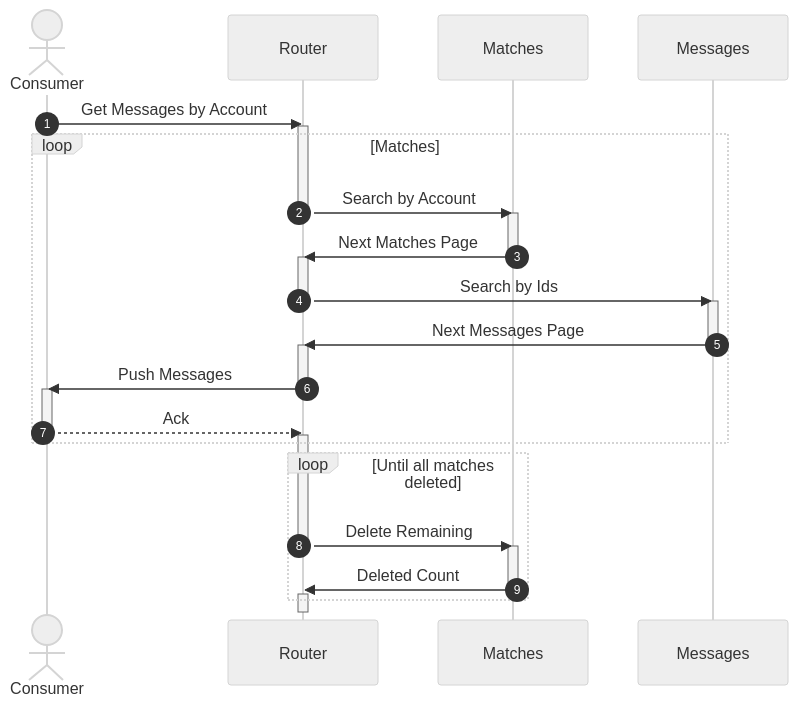
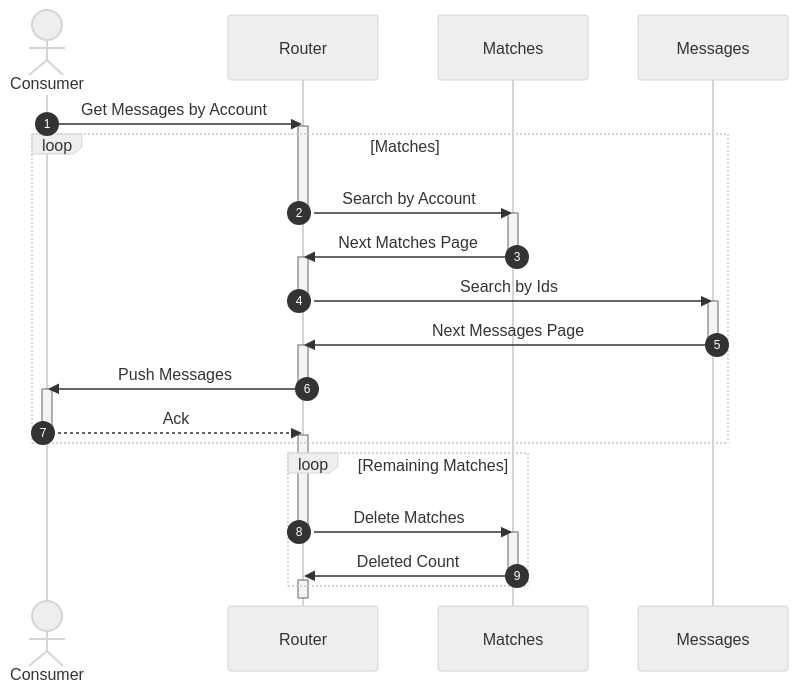
Before and after one commit to awakari/.github: the second of 2 diagrams in profile/README.md, drawn with Mermaid.

Commit message:
readme update

````diff
--- a/profile/README.md
+++ b/profile/README.md
@@ -202,59 +202,59 @@
 ```mermaid
 %%{init: {'theme': 'neutral' } }%%
 sequenceDiagram
 
     autonumber
 
     actor Consumer
     participant Router
     participant Matches
     participant Messages
 
     Consumer->>Router: Get Messages by Account
 
     activate Router
     
     loop Matches
     
         Router->>Matches: Search by Account
         deactivate Router
         
         activate Matches
         Matches->>Router: Next Matches Page
         deactivate Matches
         
         activate Router
         Router->>Messages: Search by Ids
         deactivate Router
     
         activate Messages
         Messages->>Router: Next Messages Page
         deactivate Messages
         
         activate Router
         Router->>Consumer: Push Messages
         deactivate Router
 
         activate Consumer
         Consumer-->>Router: Ack
         deactivate Consumer
         
         activate Router
     
     end
 
-    loop Until all matches deleted
+    loop Remaining Matches
     
-        Router->>Matches: Delete Remaining
+        Router->>Matches: Delete Matches
         deactivate Router
         
         activate Matches
         Matches->>Router: Deleted Count 
         deactivate Matches
         
         activate Router
         
     end
     
     deactivate Router
 ```
````
